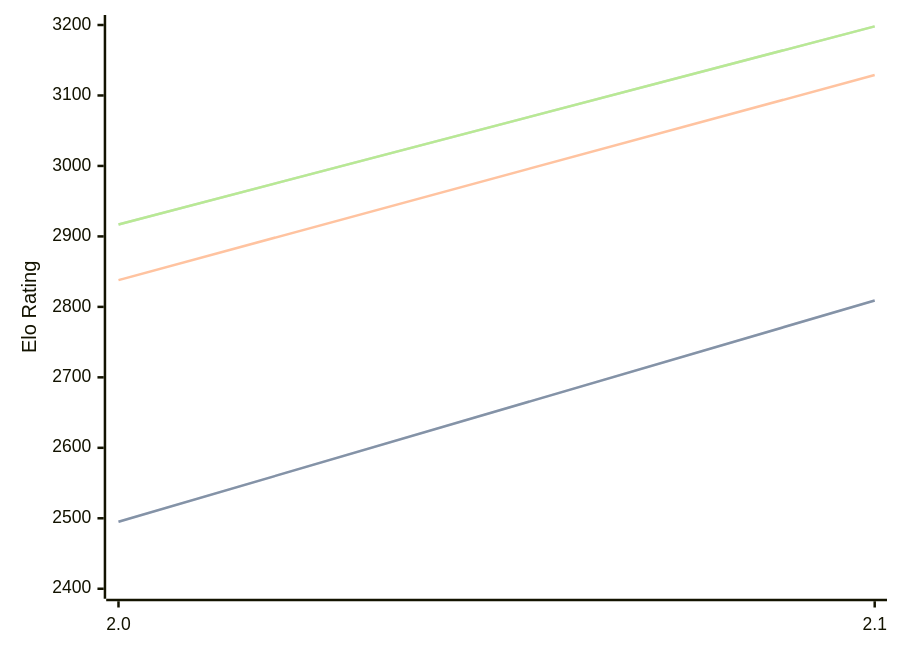
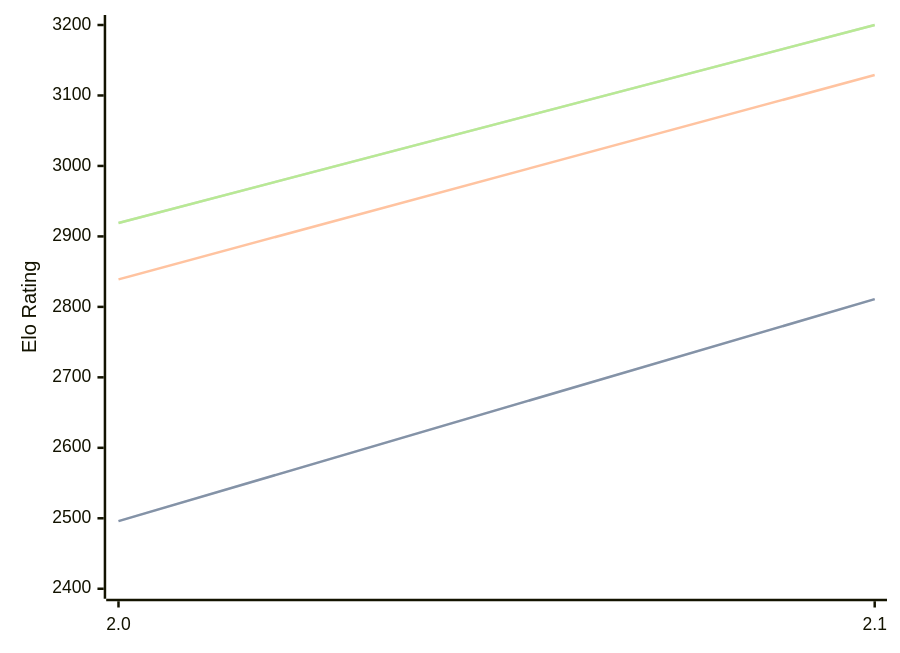
Before and after one commit to computer-chess-index/cci: the third of 3 diagrams in engines/Tunguska.md, drawn with Mermaid. The commit also changed other lines of this file, not shown here.

Commit message:
Update CCI Ratings (ELO VLTC) - 2026-07-08

````diff
--- a/engines/Tunguska.md
+++ b/engines/Tunguska.md
@@ -65,11 +65,11 @@
 ```mermaid
 %%{init: {"theme":"base","themeVariables":{"seriesColors:['#a3a3a3','#222221','#faa371']}}}%%
 xychart-beta
   x-axis ["2.0", "2.1"]
   y-axis "Elo Rating" 2400 --> 3200
-  line "STC (8.0+0.08s)" [2495, 2809]
-  line "STC (8.0+0.08s)" [2495, 2809]
-  line "LTC (60.0+0.60s)" [2838, 3129]
-  line "VLTC (2m24s+1.12s)" [2917, 3198]
-  line "VLTC (2m24s+1.12s)" [2917, 3198]
+  line "STC (8.0+0.08s)" [2496, 2811]
+  line "STC (8.0+0.08s)" [2496, 2811]
+  line "LTC (60.0+0.60s)" [2839, 3129]
+  line "VLTC (2m24s+1.12s)" [2919, 3200]
+  line "VLTC (2m24s+1.12s)" [2919, 3200]
 ```
````
